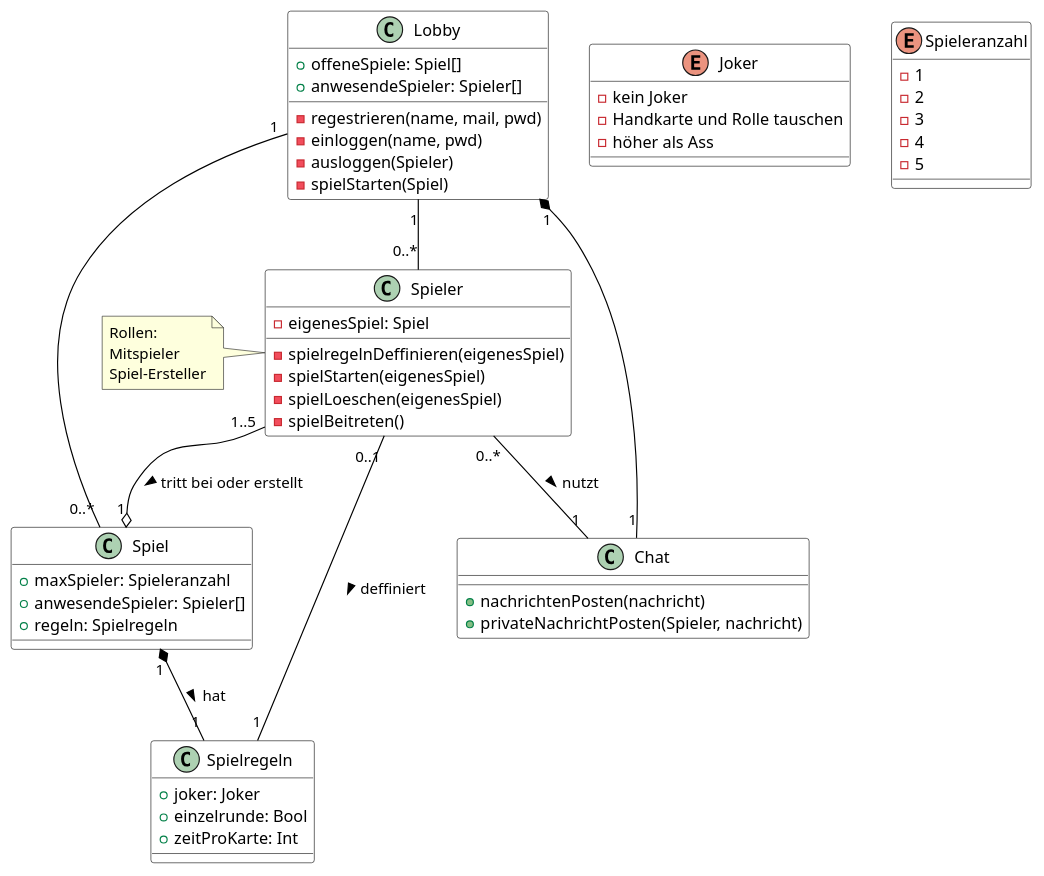
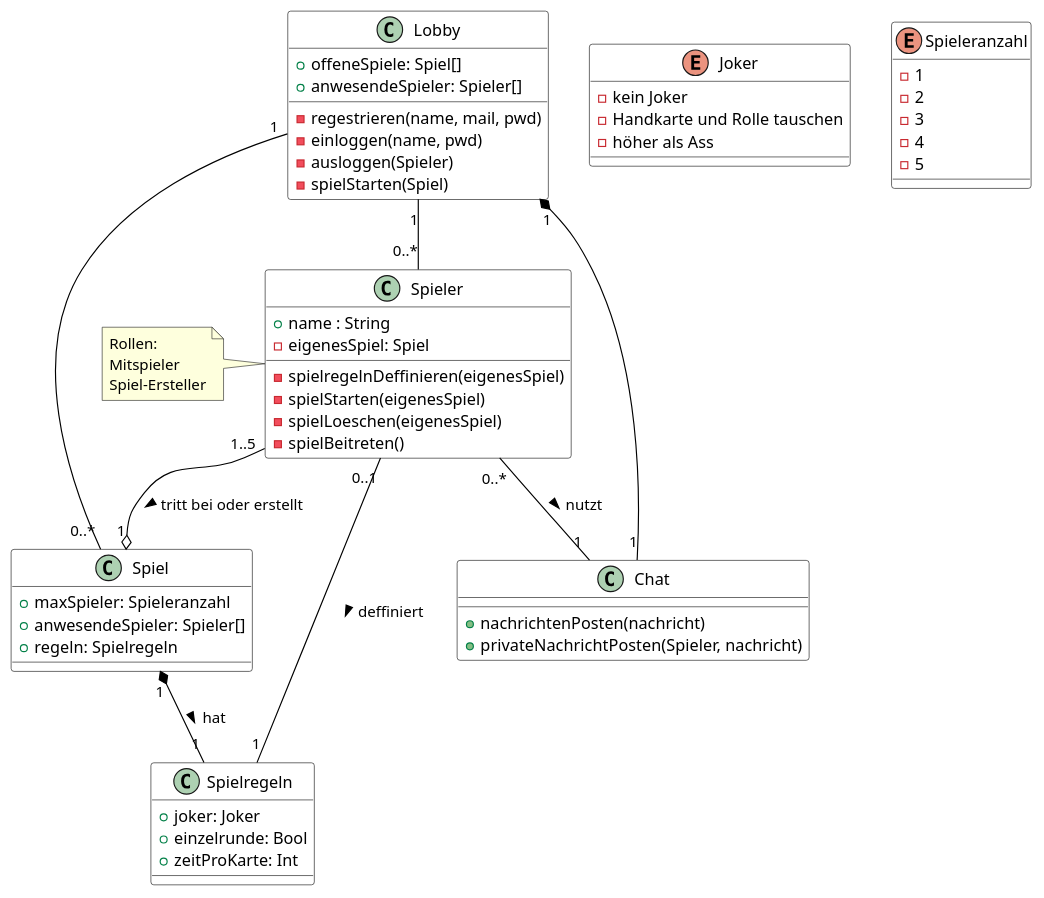
The diagram in Klassendiagramm/Klassendiagramm_Lobby.puml (DerLurchi/Durak), drawn with PlantUML before and after one commit. The commit also changed 1 other file, not shown here.

Commit message:
spieler name hinzugefuegt

```diff
--- a/Klassendiagramm/Klassendiagramm_Lobby.puml
+++ b/Klassendiagramm/Klassendiagramm_Lobby.puml
@@ -1,84 +1,85 @@
 @startuml Durak Lobby
 
 skinparam{
     ClassBackgroundColor white
     ClassBorderColor black
 
     'ClassAttributeIconSize 0
 
     ArrowColor black
 
     Shadowing false
 
 }
 
 class Spieler {
+    +name : String
     -eigenesSpiel: Spiel
     -spielregelnDeffinieren(eigenesSpiel)
     -spielStarten(eigenesSpiel)
     -spielLoeschen(eigenesSpiel)
     -spielBeitreten()
 }
 note left
     Rollen:
     Mitspieler 
     Spiel-Ersteller
 end note
 
 class Lobby {
     +offeneSpiele: Spiel[]
     +anwesendeSpieler: Spieler[]
     -regestrieren(name, mail, pwd)
     -einloggen(name, pwd)
     -ausloggen(Spieler)
     -spielStarten(Spiel)
 }
 
 class Spiel {
     + maxSpieler: Spieleranzahl
     + anwesendeSpieler: Spieler[]
     + regeln: Spielregeln
 }
 
 class Spielregeln {
     + joker: Joker
     + einzelrunde: Bool
     + zeitProKarte: Int
 }
 
 class Chat {
     + nachrichtenPosten(nachricht)
     + privateNachrichtPosten(Spieler, nachricht)
 }
 
 enum Joker {
     -kein Joker
     -Handkarte und Rolle tauschen
     -höher als Ass
 }
 
 enum Spieleranzahl {
     - 1
     - 2
     - 3
     - 4
     - 5
 }
 
 
 
 Lobby "1" -- "0..*" Spieler
 
 Spieler "1..5" --o "1" Spiel : tritt bei oder erstellt >
 
 Spiel "1" *-- "1" Spielregeln : hat >
 
 Lobby "1" -- "0..*" Spiel 
 
 Spieler "0..*" -- "1" Chat : nutzt >
 
 Lobby "1" *-- "1" Chat 
 
 Spieler "0..1" -- "1" Spielregeln: deffiniert > 
 
 @enduml
```
